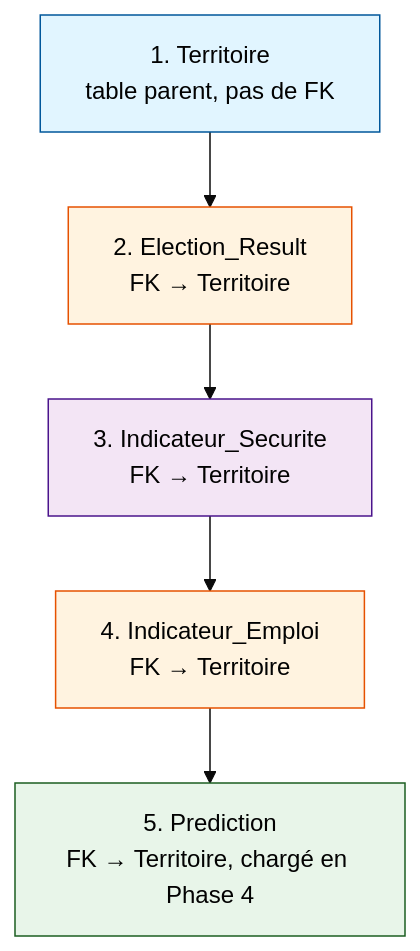
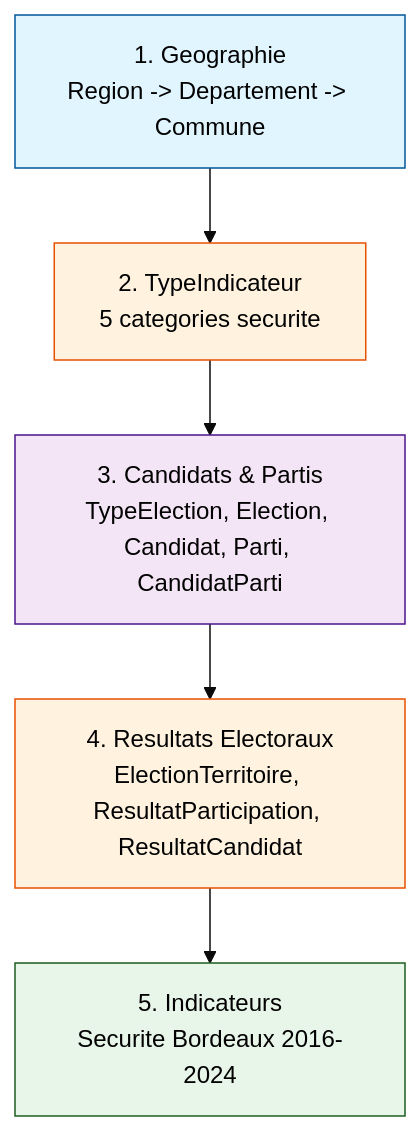
One commit to Sam-rst/EPSI_M1_MSPR-Groupe_RYMS changed the fourth of 5 diagrams in docs/02-architecture/ARCHITECTURE.md. Above: the diagram before and after it, drawn with Mermaid (base theme). The commit also changed other lines of this file and 21 other files, not shown here.

````diff
--- a/docs/02-architecture/ARCHITECTURE.md
+++ b/docs/02-architecture/ARCHITECTURE.md
@@ -534,19 +317,14 @@
 ```mermaid
 flowchart TD
-    A[1. Territoire<br/>table parent, pas de FK]
-    B[2. Election_Result<br/>FK → Territoire]
-    C[3. Indicateur_Securite<br/>FK → Territoire]
-    D[4. Indicateur_Emploi<br/>FK → Territoire]
-    E[5. Prediction<br/>FK → Territoire, chargé en Phase 4]
-
-    A --> B
-    B --> C
-    C --> D
-    D --> E
+    A[1. Geographie<br/>Region -> Departement -> Commune] --> B
+    B[2. TypeIndicateur<br/>5 categories securite] --> C
+    C[3. Candidats & Partis<br/>TypeElection, Election, Candidat, Parti, CandidatParti] --> D
+    D[4. Resultats Electoraux<br/>ElectionTerritoire, ResultatParticipation, ResultatCandidat] --> E
+    E[5. Indicateurs<br/>Securite Bordeaux 2016-2024]
 
     style A fill:#e1f5ff,stroke:#01579b, color: #020202
     style B fill:#fff3e0,stroke:#e65100, color: #020202
     style C fill:#f3e5f5,stroke:#4a148c, color: #020202
     style D fill:#fff3e0,stroke:#e65100, color: #020202
     style E fill:#e8f5e9,stroke:#1b5e20, color: #020202
 ```
````
